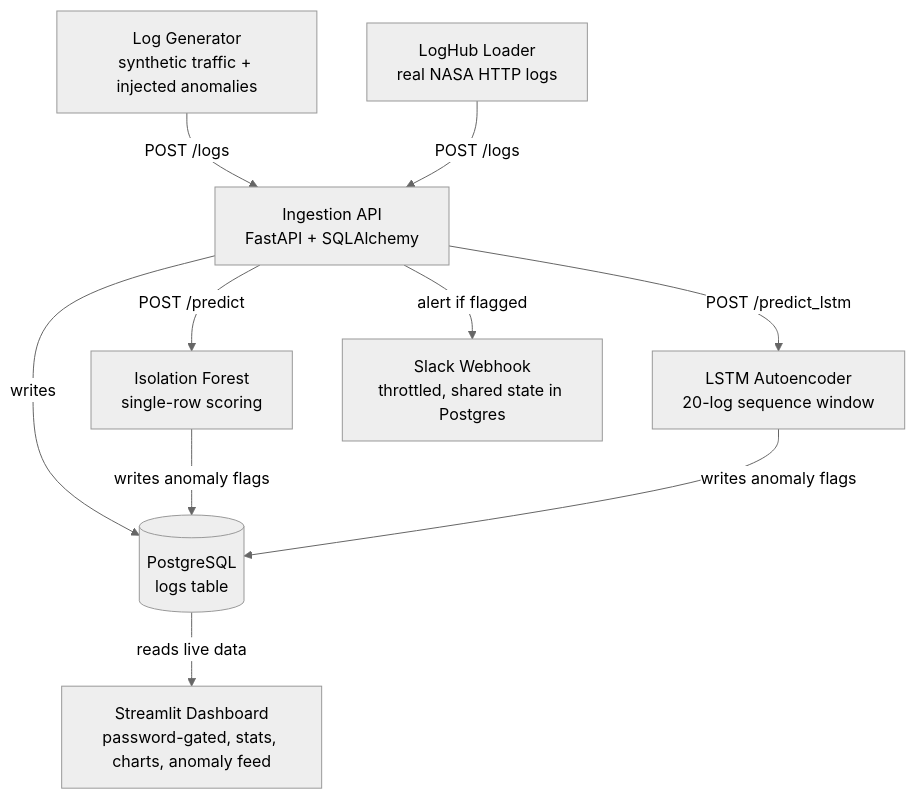
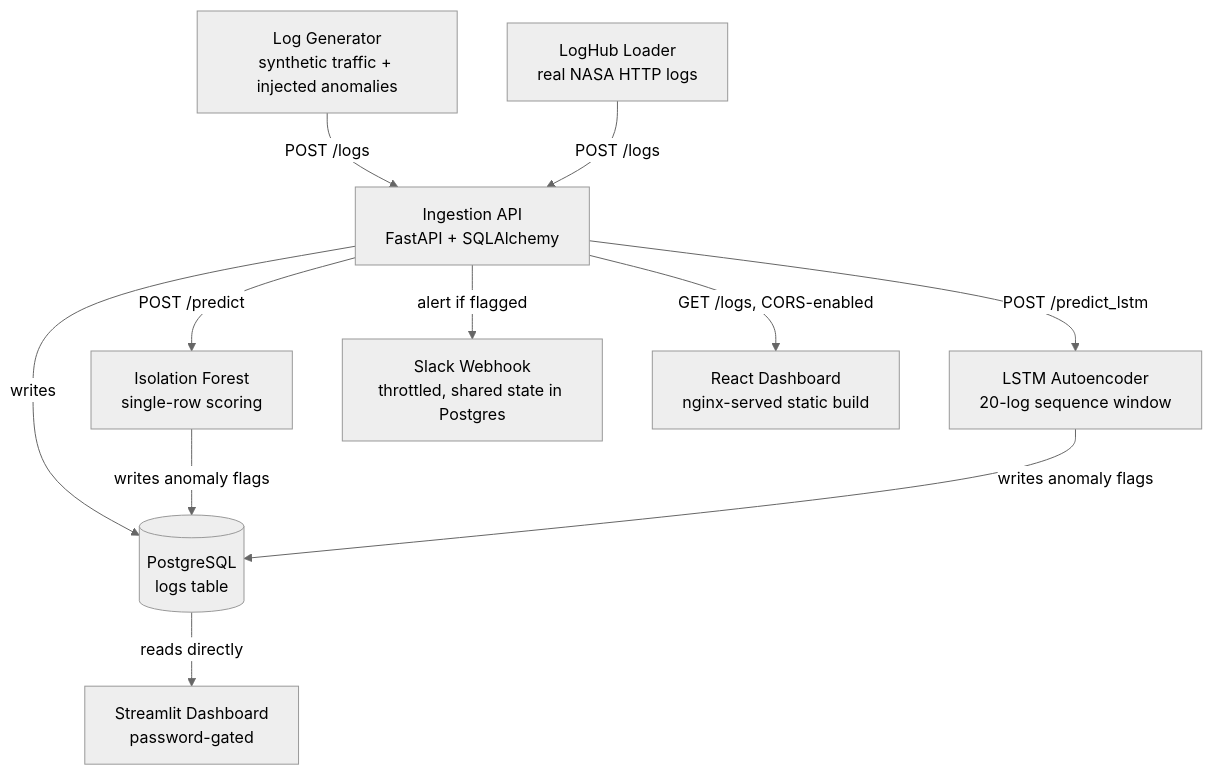
The diagram in README.md (KayTheCoder-101/log-anomaly-dashboard), drawn with Mermaid (neutral theme) before and after one commit. The commit also changed other lines of this file and 11 other files, not shown here.

````diff
--- a/README.md
+++ b/README.md
@@ -9,12 +9,13 @@
 ```mermaid
 flowchart TD
     A[Log Generator<br/>synthetic traffic + injected anomalies] -->|POST /logs| B[Ingestion API<br/>FastAPI + SQLAlchemy]
     A2[LogHub Loader<br/>real NASA HTTP logs] -->|POST /logs| B
     B -->|writes| C[(PostgreSQL<br/>logs table)]
     B -->|POST /predict| D[Isolation Forest<br/>single-row scoring]
     B -->|POST /predict_lstm| E[LSTM Autoencoder<br/>20-log sequence window]
     D -->|writes anomaly flags| C
     E -->|writes anomaly flags| C
     B -->|alert if flagged| G[Slack Webhook<br/>throttled, shared state in Postgres]
-    C -->|reads live data| F[Streamlit Dashboard<br/>password-gated, stats, charts, anomaly feed]
+    C -->|reads directly| F[Streamlit Dashboard<br/>password-gated]
+    B -->|GET /logs, CORS-enabled| H[React Dashboard<br/>nginx-served static build]
 ```
````
